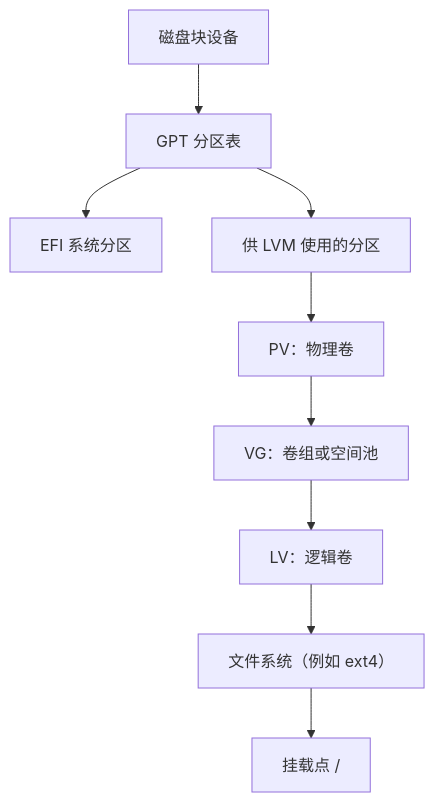
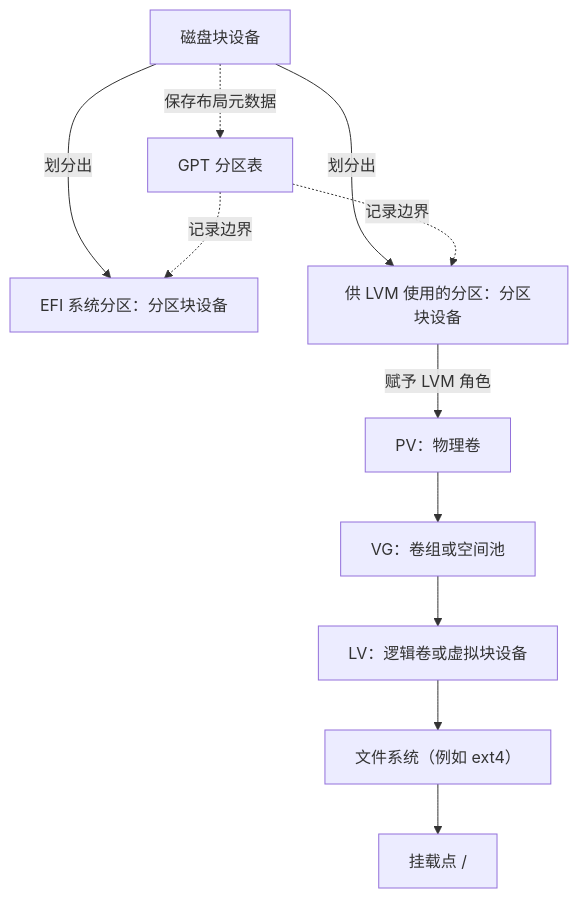
One commit to codeExpert666/Backend-Developer-Skills changed the second of 2 diagrams in Linux/存储/Linux 磁盘、分区、文件系统与 LVM 基础.md. Above: the diagram before and after it, drawn with Mermaid. The commit also changed other lines of this file and 8 other files, not shown here.

````diff
--- a/Linux/存储/Linux 磁盘、分区、文件系统与 LVM 基础.md
+++ b/Linux/存储/Linux 磁盘、分区、文件系统与 LVM 基础.md
@@ -89,11 +119,13 @@
 ```mermaid
 flowchart TB
-    Disk["磁盘块设备"] --> GPT["GPT 分区表"]
-    GPT --> ESP["EFI 系统分区"]
-    GPT --> LVMPartition["供 LVM 使用的分区"]
-    LVMPartition --> PV["PV：物理卷"]
+    Disk["磁盘块设备"] -. "保存布局元数据" .-> GPT["GPT 分区表"]
+    Disk -->|"划分出"| ESP["EFI 系统分区：分区块设备"]
+    Disk -->|"划分出"| LVMPartition["供 LVM 使用的分区：分区块设备"]
+    GPT -. "记录边界" .-> ESP
+    GPT -. "记录边界" .-> LVMPartition
+    LVMPartition -->|"赋予 LVM 角色"| PV["PV：物理卷"]
     PV --> VG["VG：卷组或空间池"]
-    VG --> LV["LV：逻辑卷"]
+    VG --> LV["LV：逻辑卷或虚拟块设备"]
     LV --> FileSystem["文件系统（例如 ext4）"]
     FileSystem --> RootMount["挂载点 /"]
 ```
````
